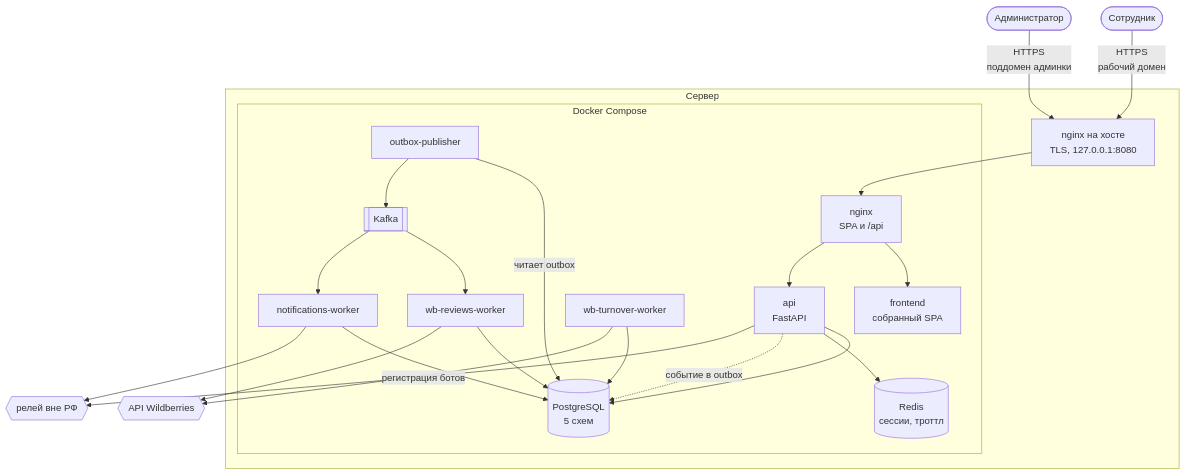
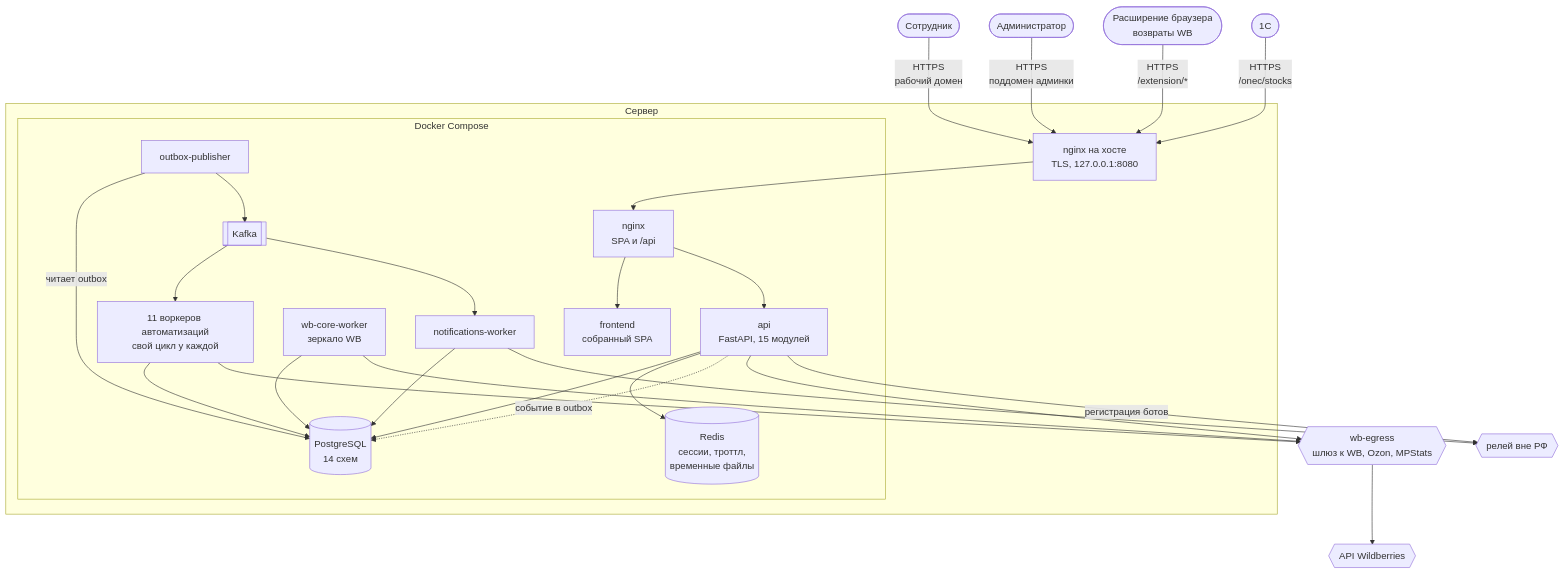
Before and after one commit to krionefishy/karbi: the diagram in docs/architecture/OVERVIEW.md, drawn with Mermaid. The commit also changed other lines of this file and 206 other files, not shown here.

````diff
--- a/docs/architecture/OVERVIEW.md
+++ b/docs/architecture/OVERVIEW.md
@@ -3,46 +3,52 @@
 ```mermaid
 flowchart TB
     operator([Сотрудник]) -->|"HTTPS<br/>рабочий домен"| host
     admin([Администратор]) -->|"HTTPS<br/>поддомен админки"| host
+    ext([Расширение браузера<br/>возвраты WB]) -->|"HTTPS<br/>/extension/*"| host
+    onec([1С]) -->|"HTTPS<br/>/onec/stocks"| host
 
     subgraph host_server["Сервер"]
         host["nginx на хосте<br/>TLS, 127.0.0.1:8080"]
 
         subgraph compose["Docker Compose"]
             edge["nginx<br/>SPA и /api"]
             spa["frontend<br/>собранный SPA"]
-            api["api<br/>FastAPI"]
-            reviews["wb-reviews-worker"]
-            turnover["wb-turnover-worker"]
+            api["api<br/>FastAPI, 15 модулей"]
+            core["wb-core-worker<br/>зеркало WB"]
+            workers["11 воркеров автоматизаций<br/>свой цикл у каждой"]
             notifications["notifications-worker"]
             outbox["outbox-publisher"]
 
-            pg[("PostgreSQL<br/>5 схем")]
-            redis[("Redis<br/>сессии, троттл")]
+            pg[("PostgreSQL<br/>14 схем")]
+            redis[("Redis<br/>сессии, троттл,<br/>временные файлы")]
             kafka[["Kafka"]]
         end
     end
 
+    egress{{"wb-egress<br/>шлюз к WB, Ozon, MPStats"}}
     wb{{"API Wildberries"}}
     relay{{"релей вне РФ"}}
 
     host --> edge
     edge --> spa
     edge --> api
 
     api --> pg
     api --> redis
     api -.->|"событие в outbox"| pg
     outbox -->|"читает outbox"| pg
     outbox --> kafka
 
-    kafka --> reviews
+    core --> pg
+    core --> egress
+    workers --> pg
+    workers --> egress
+    api --> egress
+    egress --> wb
+
+    kafka --> workers
     kafka --> notifications
-    reviews --> pg
-    reviews --> wb
-    turnover --> pg
-    turnover --> wb
     notifications --> pg
     notifications --> relay
     api -->|"регистрация ботов"| relay
 ```
````
